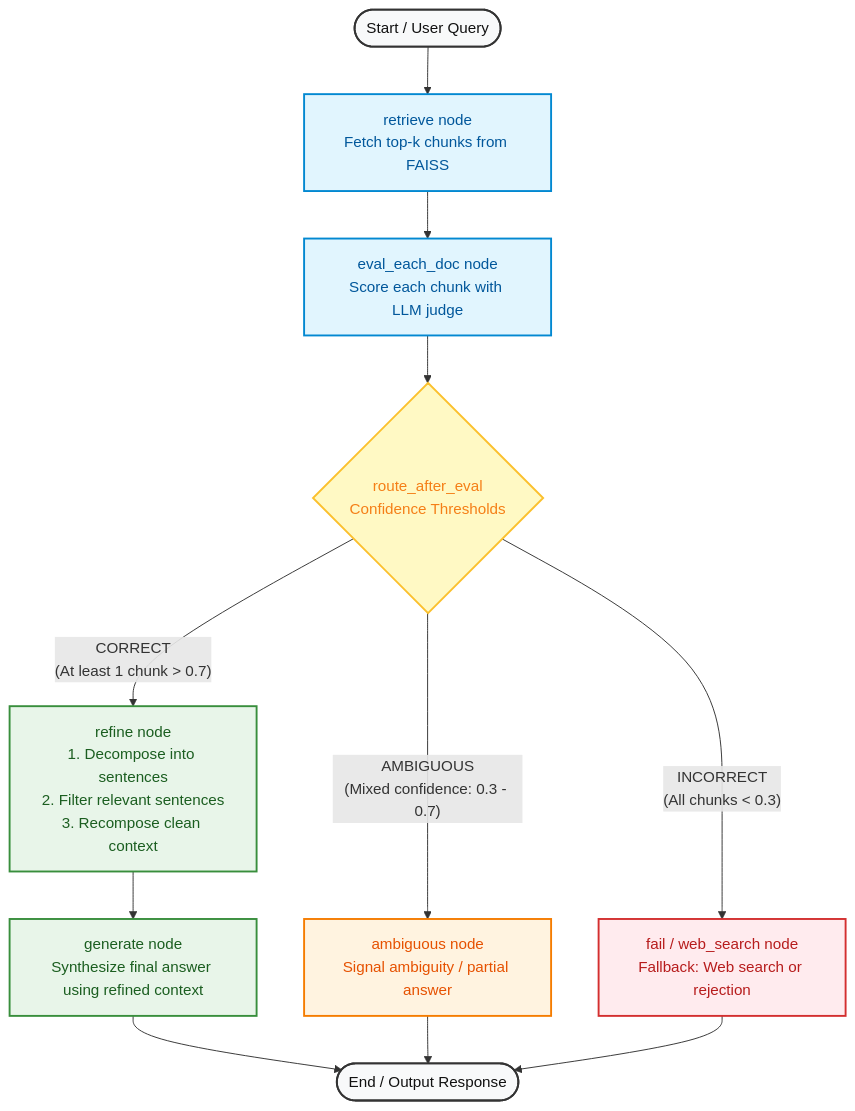
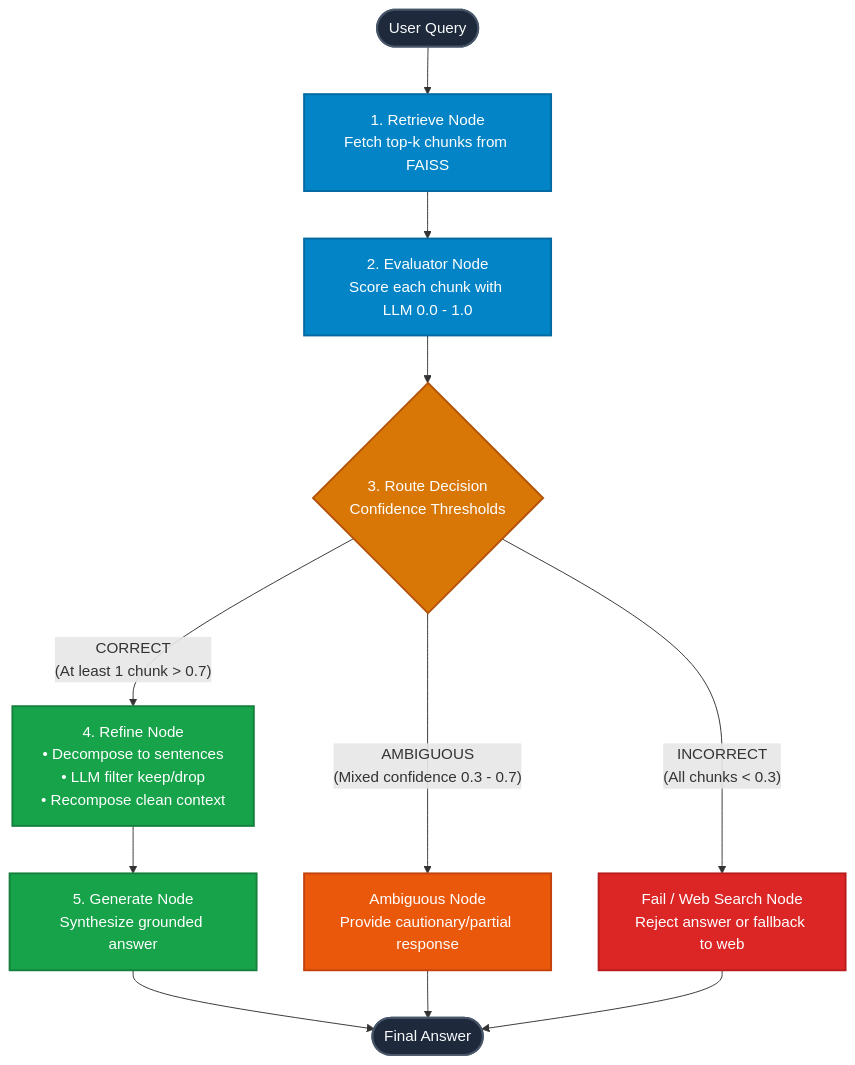
Before and after one commit to vijayypandit/corrective-rag-tutorial: the first of 2 diagrams in README.md, drawn with Mermaid. The commit also changed other lines of this file, not shown here.

Commit message:
Enhance README with detailed step-by-step walkthrough of refinement and evaluator pipelines

````diff
--- a/README.md
+++ b/README.md
@@ -23,27 +23,29 @@
 ```mermaid
 flowchart TD
-    %% Styling
-    classDef startEnd fill:#f8f9fa,stroke:#333,stroke-width:2px,color:#111;
-    classDef processNode fill:#e1f5fe,stroke:#0288d1,stroke-width:2px,color:#01579b;
-    classDef decisionNode fill:#fff9c4,stroke:#fbc02d,stroke-width:2px,color:#f57f17;
-    classDef branchGreen fill:#e8f5e9,stroke:#388e3c,stroke-width:2px,color:#1b5e20;
-    classDef branchOrange fill:#fff3e0,stroke:#f57c00,stroke-width:2px,color:#e65100;
-    classDef branchRed fill:#ffebee,stroke:#d32f2f,stroke-width:2px,color:#b71c1c;
+    %% Node styling
+    classDef terminal fill:#1e293b,stroke:#475569,stroke-width:2px,color:#f8fafc;
+    classDef process fill:#0284c7,stroke:#0369a1,stroke-width:2px,color:#ffffff;
+    classDef decision fill:#d97706,stroke:#b45309,stroke-width:2px,color:#ffffff;
+    classDef correctBranch fill:#16a34a,stroke:#15803d,stroke-width:2px,color:#ffffff;
+    classDef ambiguousBranch fill:#ea580c,stroke:#c2410c,stroke-width:2px,color:#ffffff;
+    classDef incorrectBranch fill:#dc2626,stroke:#b91c1c,stroke-width:2px,color:#ffffff;
 
-    START([Start / User Query]):::startEnd --> retrieve[retrieve node<br/>Fetch top-k chunks from FAISS]:::processNode
-    retrieve --> eval[eval_each_doc node<br/>Score each chunk with LLM judge]:::processNode
-    
-    eval --> route{route_after_eval<br/>Confidence Thresholds}:::decisionNode
+    START([User Query]):::terminal --> RETRIEVE[1. Retrieve Node<br/>Fetch top-k chunks from FAISS]:::process
+    RETRIEVE --> EVAL[2. Evaluator Node<br/>Score each chunk with LLM 0.0 - 1.0]:::process
+
+    EVAL --> ROUTE{3. Route Decision<br/>Confidence Thresholds}:::decision
 
     %% Branches
-    route -- "CORRECT<br/>(At least 1 chunk > 0.7)" --> refine[refine node<br/>1. Decompose into sentences<br/>2. Filter relevant sentences<br/>3. Recompose clean context]:::branchGreen
-    route -- "AMBIGUOUS<br/>(Mixed confidence: 0.3 - 0.7)" --> ambiguous[ambiguous node<br/>Signal ambiguity / partial answer]:::branchOrange
-    route -- "INCORRECT<br/>(All chunks < 0.3)" --> fail[fail / web_search node<br/>Fallback: Web search or rejection]:::branchRed
+    ROUTE -- "CORRECT<br/>(At least 1 chunk > 0.7)" --> REFINE[4. Refine Node<br/>• Decompose to sentences<br/>• LLM filter keep/drop<br/>• Recompose clean context]:::correctBranch
+    
+    ROUTE -- "AMBIGUOUS<br/>(Mixed confidence 0.3 - 0.7)" --> AMBIGUOUS[Ambiguous Node<br/>Provide cautionary/partial response]:::ambiguousBranch
+    
+    ROUTE -- "INCORRECT<br/>(All chunks < 0.3)" --> FAIL[Fail / Web Search Node<br/>Reject answer or fallback to web]:::incorrectBranch
 
     %% Generation
-    refine --> generate[generate node<br/>Synthesize final answer using refined context]:::branchGreen
-    
-    generate --> END([End / Output Response]):::startEnd
-    ambiguous --> END
-    fail --> END
+    REFINE --> GENERATE[5. Generate Node<br/>Synthesize grounded answer]:::correctBranch
+
+    GENERATE --> END([Final Answer]):::terminal
+    AMBIGUOUS --> END
+    FAIL --> END
 ```
````
